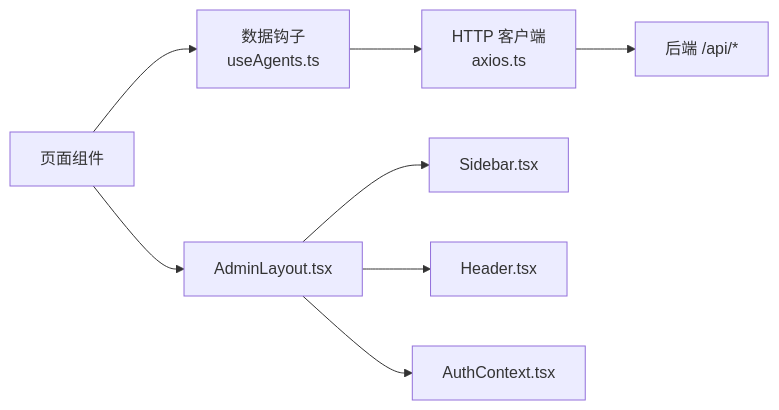
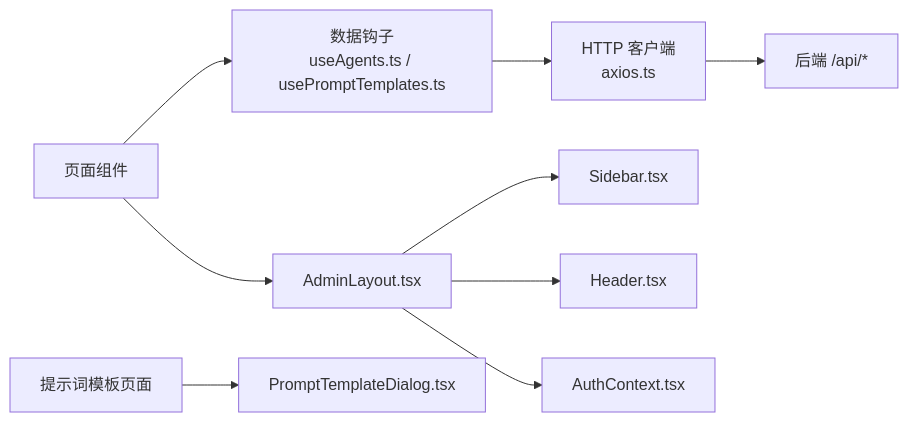
Before and after one commit to KunLabAI/KunFlix: the seventh of 7 diagrams in .qoder/repowiki/zh/content/后台管理系统/管理界面概览.md, drawn with Mermaid. The commit also changed other lines of this file and 25 other files, not shown here.

````diff
--- a/.qoder/repowiki/zh/content/后台管理系统/管理界面概览.md
+++ b/.qoder/repowiki/zh/content/后台管理系统/管理界面概览.md
@@ -239,10 +312,11 @@
 ```mermaid
 graph LR
-UI["页面组件"] --> HOOK["数据钩子<br/>useAgents.ts"]
+UI["页面组件"] --> HOOK["数据钩子<br/>useAgents.ts / usePromptTemplates.ts"]
 HOOK --> AX["HTTP 客户端<br/>axios.ts"]
 AX --> API["后端 /api/*"]
 UI --> LYT["AdminLayout.tsx"]
 LYT --> SIDEBAR["Sidebar.tsx"]
 LYT --> HEADER["Header.tsx"]
 LYT --> CTX["AuthContext.tsx"]
+PT["提示词模板页面"] --> PD["PromptTemplateDialog.tsx"]
 ```
````
